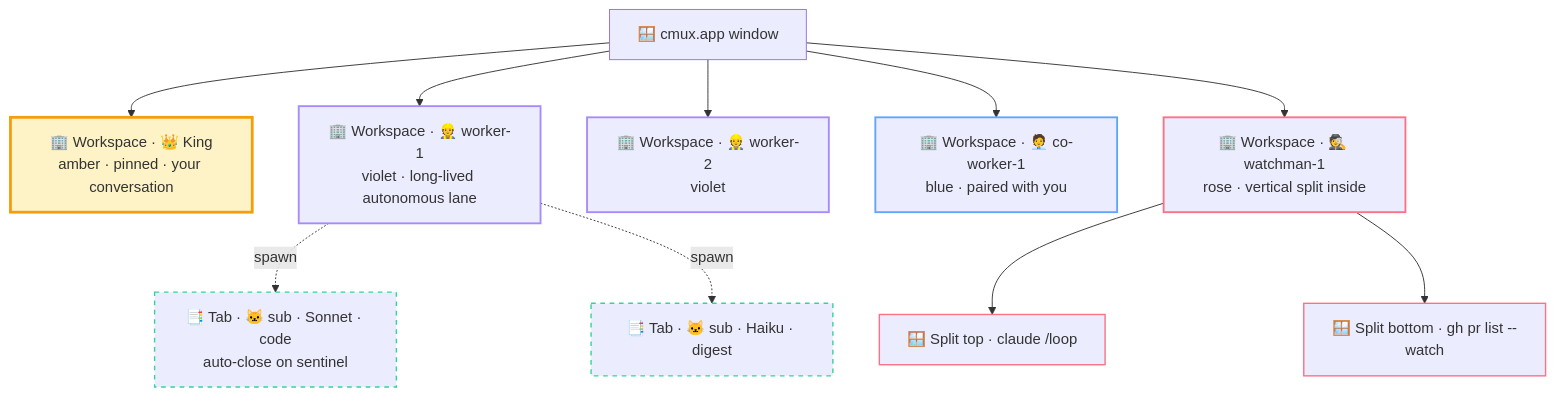
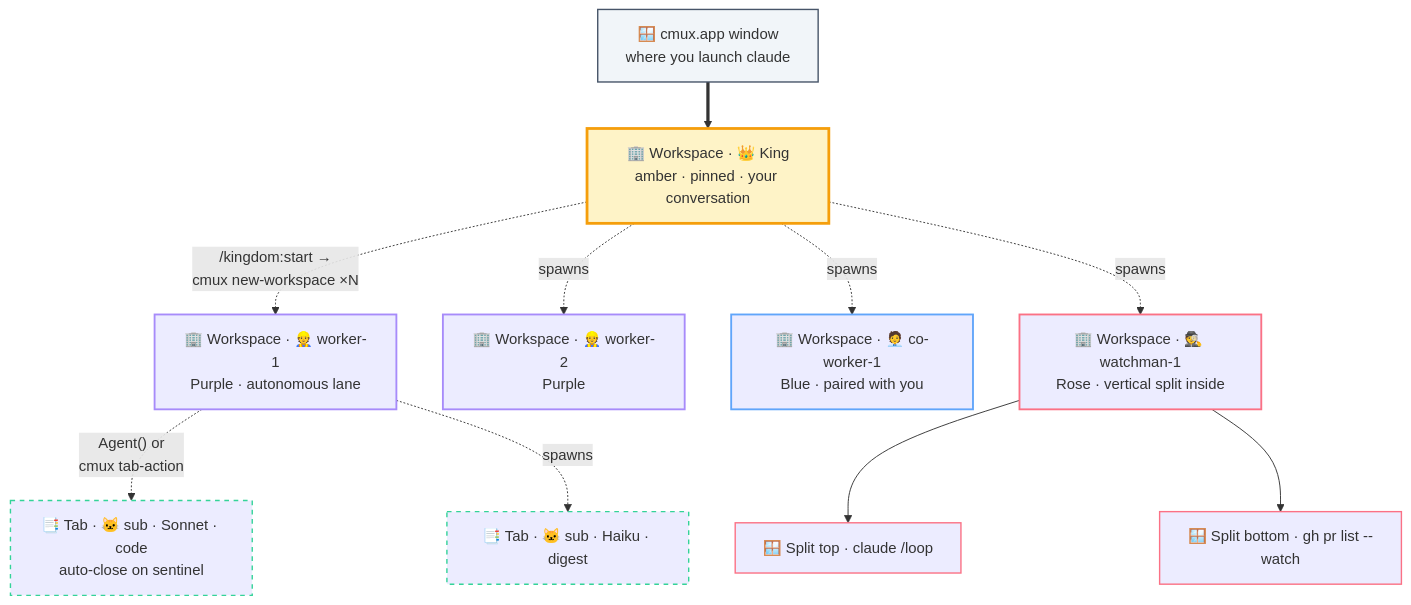
One commit to chatthong/kingdom changed the second of 3 diagrams in README.md. Above: the diagram before and after it, drawn with Mermaid. The commit also changed other lines of this file and 3 other files, not shown here.

First line of the commit message:
docs: v0.16.2 — README hierarchy diagram shows spawn relationships

````diff
--- a/README.md
+++ b/README.md
@@ -147,29 +147,31 @@
 ```mermaid
 graph TB
-    W[🪟 cmux.app window]
+    W[🪟 cmux.app window<br/>where you launch claude]
+    W ==> K[🏢 Workspace · 👑 King<br/>amber · pinned · your conversation]
 
-    W --> K[🏢 Workspace · 👑 King<br/>amber · pinned · your conversation]
-    W --> M1[🏢 Workspace · 👷 worker-1<br/>violet · long-lived autonomous lane]
-    W --> M2[🏢 Workspace · 👷 worker-2<br/>violet]
-    W --> CW[🏢 Workspace · 🧑‍💼 co-worker-1<br/>blue · paired with you]
-    W --> WM[🏢 Workspace · 🕵️ watchman-1<br/>rose · vertical split inside]
+    K -.->|"/kingdom:start →<br/>cmux new-workspace ×N"| M1[🏢 Workspace · 👷 worker-1<br/>Purple · autonomous lane]
+    K -.->|spawns| M2[🏢 Workspace · 👷 worker-2<br/>Purple]
+    K -.->|spawns| CW[🏢 Workspace · 🧑‍💼 co-worker-1<br/>Blue · paired with you]
+    K -.->|spawns| WM[🏢 Workspace · 🕵️ watchman-1<br/>Rose · vertical split inside]
 
-    M1 -.spawn.-> T1[📑 Tab · 🐱 sub · Sonnet · code<br/>auto-close on sentinel]
-    M1 -.spawn.-> T2[📑 Tab · 🐱 sub · Haiku · digest]
+    M1 -.->|"Agent() or<br/>cmux tab-action"| T1[📑 Tab · 🐱 sub · Sonnet · code<br/>auto-close on sentinel]
+    M1 -.->|spawns| T2[📑 Tab · 🐱 sub · Haiku · digest]
     WM --> S1[🪟 Split top · claude /loop]
     WM --> S2[🪟 Split bottom · gh pr list --watch]
 
+    classDef window fill:#f1f5f9,stroke:#475569,stroke-width:1.5px
     classDef king fill:#fef3c7,stroke:#f59e0b,stroke-width:3px
     classDef opus stroke:#a78bfa,stroke-width:2px
     classDef blue stroke:#60a5fa,stroke-width:2px
     classDef rose stroke:#fb7185,stroke-width:2px
     classDef tab stroke:#34d399,stroke-width:1.5px,stroke-dasharray:5 5
     classDef split stroke:#fb7185,stroke-width:1.5px
 
+    class W window
     class K king
     class M1,M2 opus
     class CW blue
     class WM rose
     class T1,T2 tab
     class S1,S2 split
 ```
````
